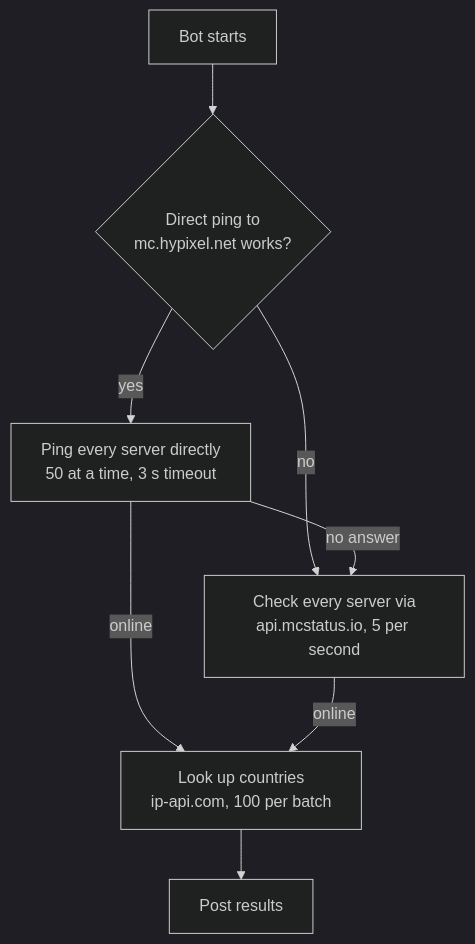
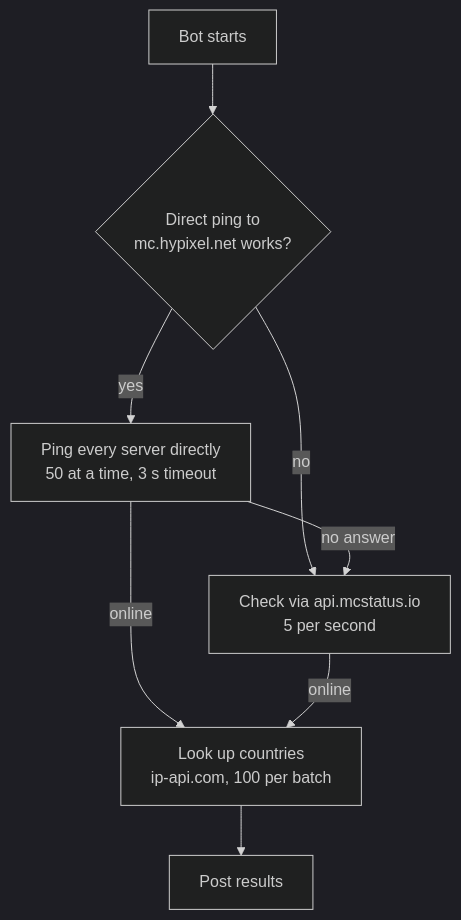
The diagram in README.md (TheDyXer/scanbot), drawn with Mermaid (dark theme) before and after one commit.

Commit message:
README: fix API box label in flowchart

````diff
--- a/README.md
+++ b/README.md
@@ -154,10 +154,10 @@
 ```mermaid
 flowchart TD
     A[Bot starts] --> B{Direct ping to<br/>mc.hypixel.net works?}
     B -- yes --> C[Ping every server directly<br/>50 at a time, 3 s timeout]
-    B -- no --> D[Check every server via<br/>api.mcstatus.io, 5 per second]
+    B -- no --> D[Check via api.mcstatus.io<br/>5 per second]
     C -- no answer --> D
     C -- online --> E[Look up countries<br/>ip-api.com, 100 per batch]
     D -- online --> E
     E --> F[Post results]
 ```
````
